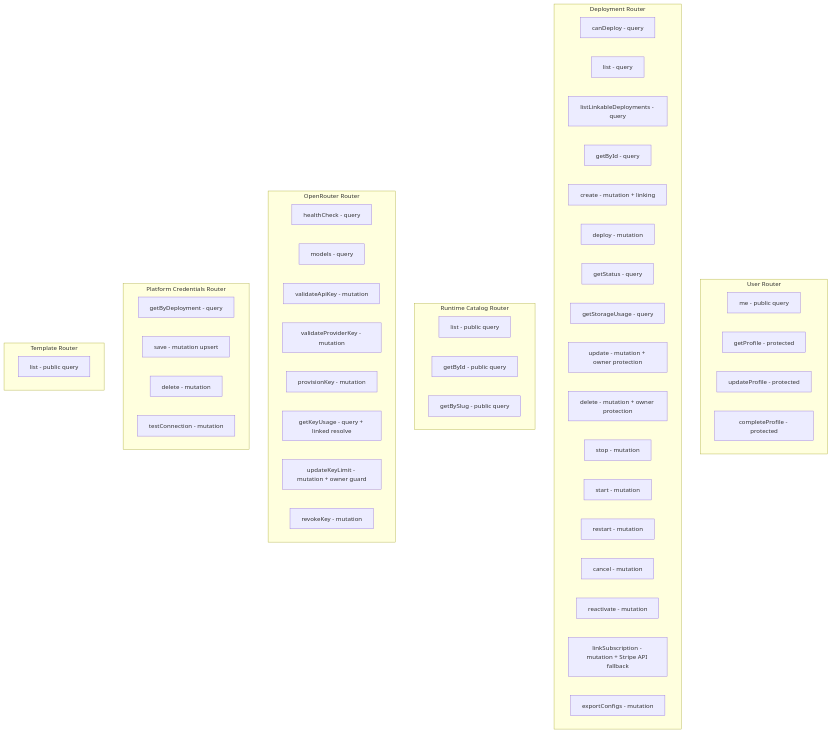
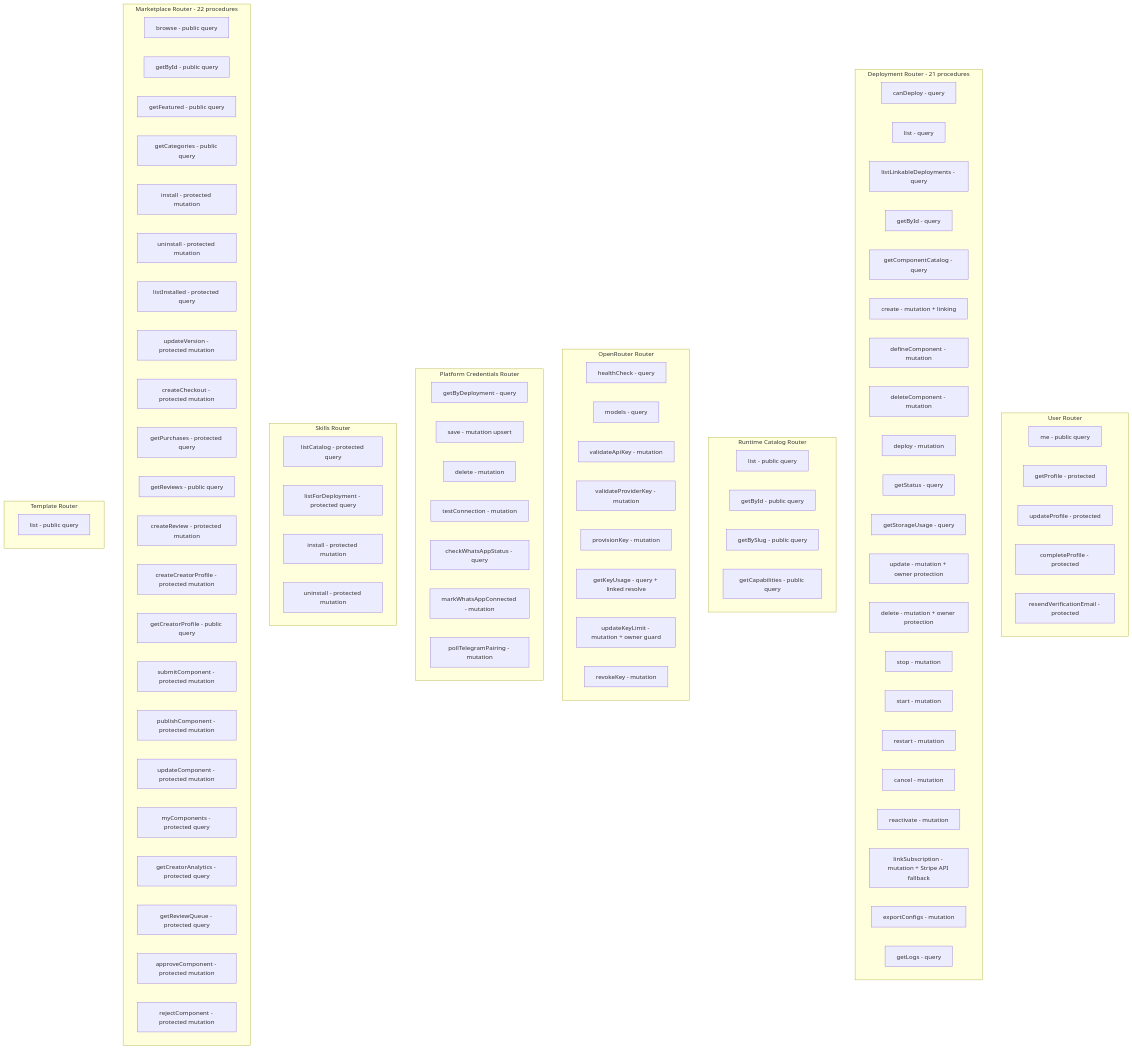
Before and after one commit to Bretthb/jarble: the fourth of 25 diagrams in OVERVIEW.md, drawn with Mermaid. The commit also changed other lines of this file and 7 other files, not shown here.

```diff
--- a/OVERVIEW.md
+++ b/OVERVIEW.md
@@ -175,14 +190,18 @@
         U2[getProfile - protected]
         U3[updateProfile - protected]
         U4[completeProfile - protected]
+        U5[resendVerificationEmail - protected]
     end
 
-    subgraph "Deployment Router"
+    subgraph "Deployment Router - 21 procedures"
         D1[canDeploy - query]
         D2[list - query]
         D2b[listLinkableDeployments - query]
         D3[getById - query]
+        D3b[getComponentCatalog - query]
         D4[create - mutation + linking]
+        D4b[defineComponent - mutation]
+        D4c[deleteComponent - mutation]
         D5[deploy - mutation]
         D6[getStatus - query]
         D6b[getStorageUsage - query]
@@ -195,12 +214,14 @@
         D13[reactivate - mutation]
         D14[linkSubscription - mutation + Stripe API fallback]
         D15[exportConfigs - mutation]
+        D16[getLogs - query]
     end
 
     subgraph "Runtime Catalog Router"
         RC1[list - public query]
         RC2[getById - public query]
         RC3[getBySlug - public query]
+        RC4[getCapabilities - public query]
     end
 
     subgraph "OpenRouter Router"
@@ -219,6 +240,41 @@
         PC2[save - mutation upsert]
         PC3[delete - mutation]
         PC4[testConnection - mutation]
+        PC5[checkWhatsAppStatus - query]
+        PC6[markWhatsAppConnected - mutation]
+        PC7[pollTelegramPairing - mutation]
+    end
+
+    subgraph "Skills Router"
+        SK1[listCatalog - protected query]
+        SK2[listForDeployment - protected query]
+        SK3[install - protected mutation]
+        SK4[uninstall - protected mutation]
+    end
+
+    subgraph "Marketplace Router - 22 procedures"
+        MKT1[browse - public query]
+        MKT2[getById - public query]
+        MKT3[getFeatured - public query]
+        MKT4[getCategories - public query]
+        MKT5[install - protected mutation]
+        MKT6[uninstall - protected mutation]
+        MKT7[listInstalled - protected query]
+        MKT8[updateVersion - protected mutation]
+        MKT9[createCheckout - protected mutation]
+        MKT10[getPurchases - protected query]
+        MKT11[getReviews - public query]
+        MKT12[createReview - protected mutation]
+        MKT13[createCreatorProfile - protected mutation]
+        MKT14[getCreatorProfile - public query]
+        MKT15[submitComponent - protected mutation]
+        MKT16[publishComponent - protected mutation]
+        MKT17[updateComponent - protected mutation]
+        MKT18[myComponents - protected query]
+        MKT19[getCreatorAnalytics - protected query]
+        MKT20[getReviewQueue - protected query]
+        MKT21[approveComponent - protected mutation]
+        MKT22[rejectComponent - protected mutation]
     end
 
     subgraph "Template Router"
```
